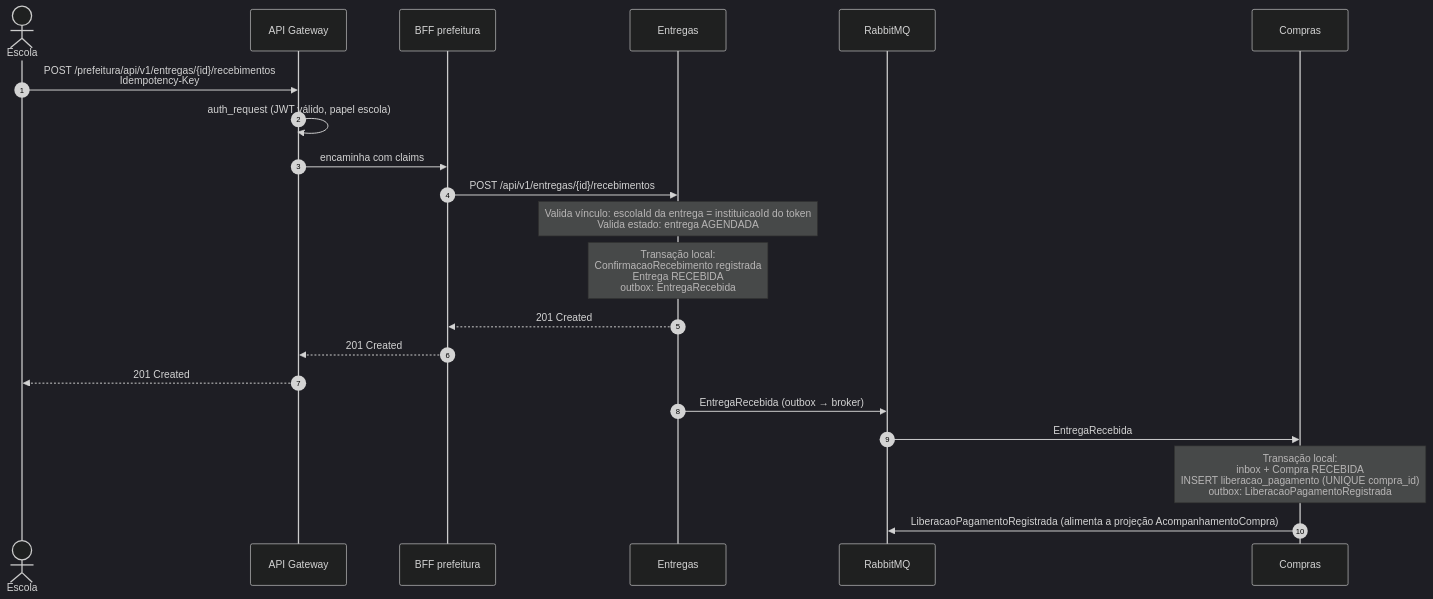
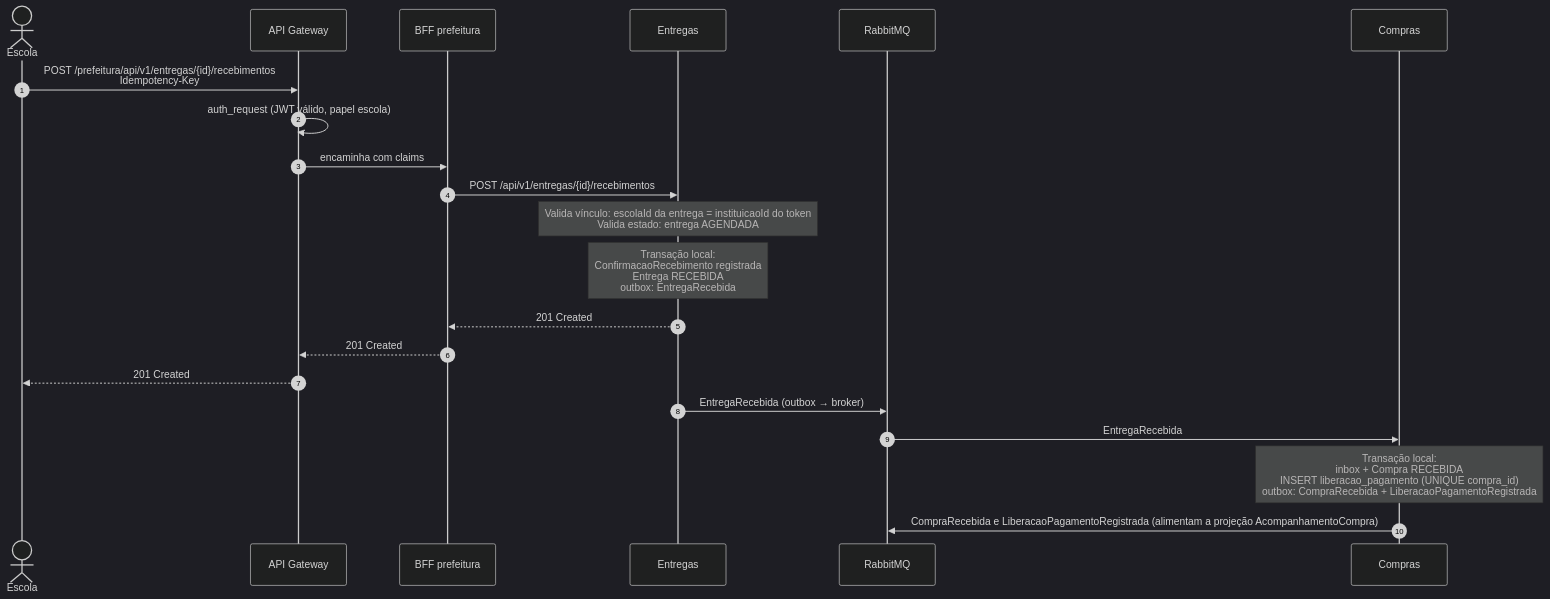
The fifth of 5 diagrams in docs/parte2/05-saga.md (camidebem/CampoConecta), drawn with Mermaid (dark theme) before and after one commit. The commit also changed 1 other file, not shown here.

Commit message:
docs: projecao consome apenas eventos de compras

````diff
--- a/docs/parte2/05-saga.md
+++ b/docs/parte2/05-saga.md
@@ -345,25 +345,25 @@
 ```mermaid
 sequenceDiagram
     autonumber
     actor S as Escola
     participant GW as API Gateway
     participant BP as BFF prefeitura
     participant L as Entregas
     participant MQ as RabbitMQ
     participant C as Compras
 
     S->>GW: POST /prefeitura/api/v1/entregas/{id}/recebimentos<br/>Idempotency-Key
     GW->>GW: auth_request (JWT válido, papel escola)
     GW->>BP: encaminha com claims
     BP->>L: POST /api/v1/entregas/{id}/recebimentos
     Note over L: Valida vínculo: escolaId da entrega = instituicaoId do token<br/>Valida estado: entrega AGENDADA
     Note over L: Transação local:<br/>ConfirmacaoRecebimento registrada<br/>Entrega RECEBIDA<br/>outbox: EntregaRecebida
     L-->>BP: 201 Created
     BP-->>GW: 201 Created
     GW-->>S: 201 Created
 
     L->>MQ: EntregaRecebida (outbox → broker)
     MQ->>C: EntregaRecebida
-    Note over C: Transação local:<br/>inbox + Compra RECEBIDA<br/>INSERT liberacao_pagamento (UNIQUE compra_id)<br/>outbox: LiberacaoPagamentoRegistrada
-    C->>MQ: LiberacaoPagamentoRegistrada (alimenta a projeção AcompanhamentoCompra)
+    Note over C: Transação local:<br/>inbox + Compra RECEBIDA<br/>INSERT liberacao_pagamento (UNIQUE compra_id)<br/>outbox: CompraRecebida + LiberacaoPagamentoRegistrada
+    C->>MQ: CompraRecebida e LiberacaoPagamentoRegistrada (alimentam a projeção AcompanhamentoCompra)
 ```
````
